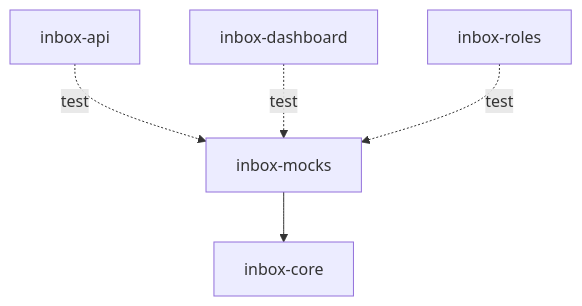
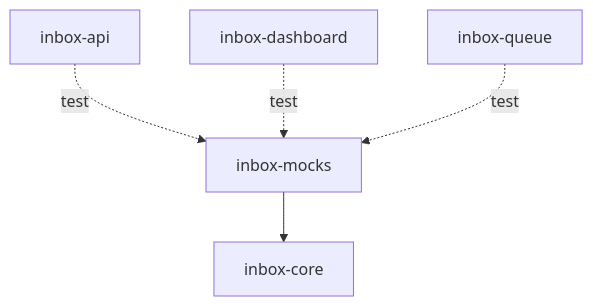
Before and after one commit to RubaXa/gennady: the diagram in specs/agent-inbox/inbox-mocks/inbox-mocks.spec.md, drawn with Mermaid. The commit also changed other lines of this file and 78 other files, not shown here.

````diff
--- a/specs/agent-inbox/inbox-mocks/inbox-mocks.spec.md
+++ b/specs/agent-inbox/inbox-mocks/inbox-mocks.spec.md
@@ -98,7 +98,7 @@
 ```mermaid
 graph TD
     inbox-mocks --> inbox-core
     inbox-api -. test .-> inbox-mocks
     inbox-dashboard -. test .-> inbox-mocks
-    inbox-roles -. test .-> inbox-mocks
+    inbox-queue -. test .-> inbox-mocks
 ```
````
